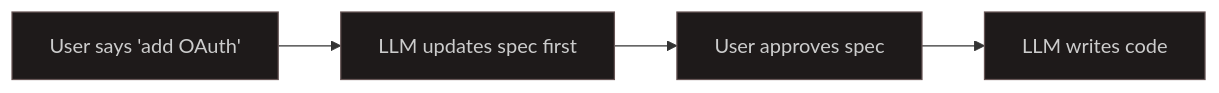
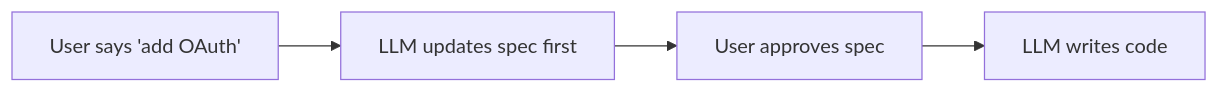
One commit to davidroeca/NotarAI changed the seventh of 13 diagrams in docs-site/src/content/docs/background/design-diagrams.md. Above: the diagram before and after it, drawn with Mermaid. The commit also changed other lines of this file and 12 other files, not shown here.

First line of the commit message:
Update docs site - mermaid rendering

````diff
--- a/docs-site/src/content/docs/background/design-diagrams.md
+++ b/docs-site/src/content/docs/background/design-diagrams.md
@@ -212,11 +174,6 @@
 ```mermaid
 flowchart LR
     A1["User says 'add OAuth'"] --> A2["LLM updates spec first"]
     A2 --> A3["User approves spec"]
     A3 --> A4["LLM writes code"]
-
-    style A1 fill:#1e1a1a,stroke:#665555,color:#ccc
-    style A2 fill:#1e1a1a,stroke:#665555,color:#ccc
-    style A3 fill:#1e1a1a,stroke:#665555,color:#ccc
-    style A4 fill:#1e1a1a,stroke:#665555,color:#ccc
 ```
````
